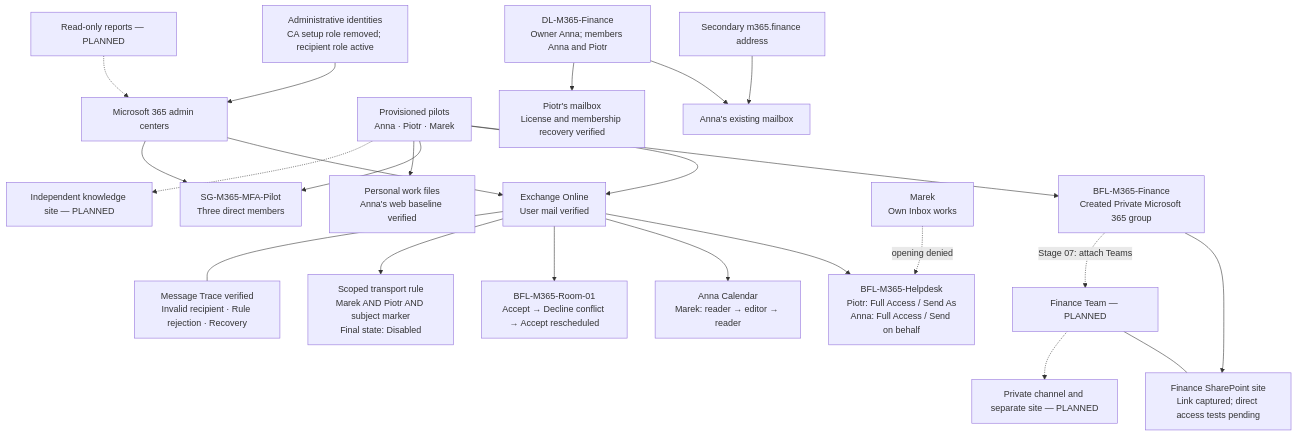
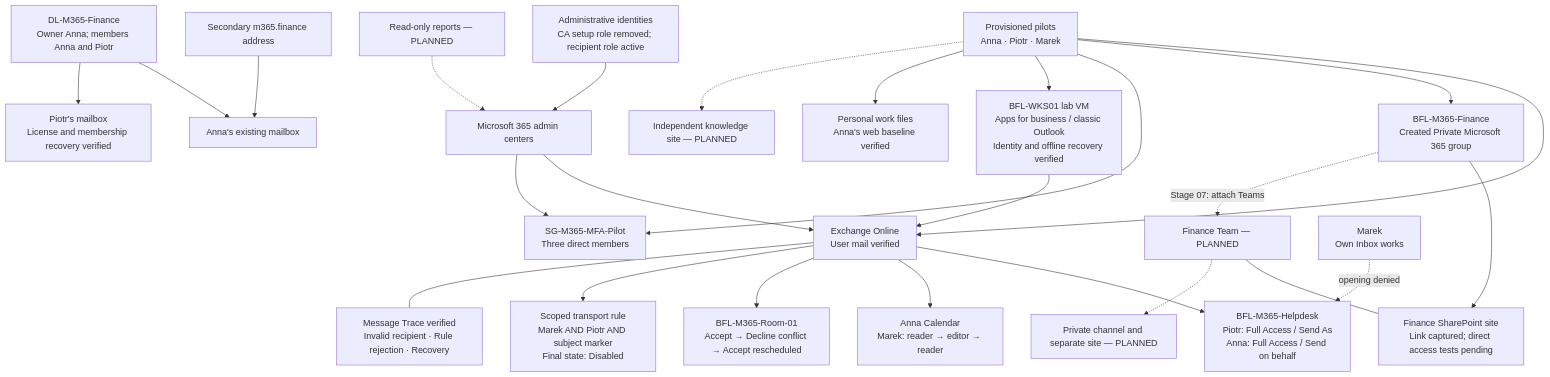
Before and after one commit to krzysztof-szot/m365-administration-support-project: the diagram in docs/architecture.md, drawn with Mermaid. The commit also changed other lines of this file and 21 other files, not shown here.

Commit message:
Document Stage 06: Apps activation, Office identity and Outlook recovery

````diff
--- a/docs/architecture.md
+++ b/docs/architecture.md
@@ -5,25 +5,27 @@
 ```mermaid
 flowchart TB
     Admin["Administrative identities<br/>CA setup role removed; recipient role active"] --> Portal["Microsoft 365 admin centers"]
     Users["Provisioned pilots<br/>Anna · Piotr · Marek"] --> Exchange["Exchange Online<br/>User mail verified"]
     FinanceAlias["Secondary m365.finance address"] --> Anna["Anna's existing mailbox"]
     DL["DL-M365-Finance<br/>Owner Anna; members Anna and Piotr"] --> Anna
     DL --> Piotr["Piotr's mailbox<br/>License and membership recovery verified"]
     Group["BFL-M365-Finance<br/>Created Private Microsoft 365 group"] --> Parent["Finance SharePoint site<br/>Link captured; direct access tests pending"]
     Group -. "Stage 07: attach Teams" .-> Team["Finance Team — PLANNED"]
     Team --- Parent
     Team -.-> Private["Private channel and separate site — PLANNED"]
     Users --> Group
     Users --> MFA["SG-M365-MFA-Pilot<br/>Three direct members"]
     Portal --> Exchange
     Portal --> MFA
+    Desktop["BFL-WKS01 lab VM<br/>Apps for business / classic Outlook<br/>Identity and offline recovery verified"] --> Exchange
+    Users --> Desktop
     Users --> OneDrive["Personal work files<br/>Anna's web baseline verified"]
     Exchange --> Helpdesk["BFL-M365-Helpdesk<br/>Piotr: Full Access / Send As<br/>Anna: Full Access / Send on behalf"]
     Marek["Marek<br/>Own Inbox works"] -. "opening denied" .-> Helpdesk
     Exchange --> Calendar["Anna Calendar<br/>Marek: reader → editor → reader"]
     Exchange --> Room["BFL-M365-Room-01<br/>Accept → Decline conflict → Accept rescheduled"]
     Exchange --> Rule["Scoped transport rule<br/>Marek AND Piotr AND subject marker<br/>Final state: Disabled"]
     Exchange --- Trace["Message Trace verified<br/>Invalid recipient · Rule rejection · Recovery"]
     Users -.-> Knowledge["Independent knowledge site — PLANNED"]
     Reports["Read-only reports — PLANNED"] -.-> Portal
 ```
````
